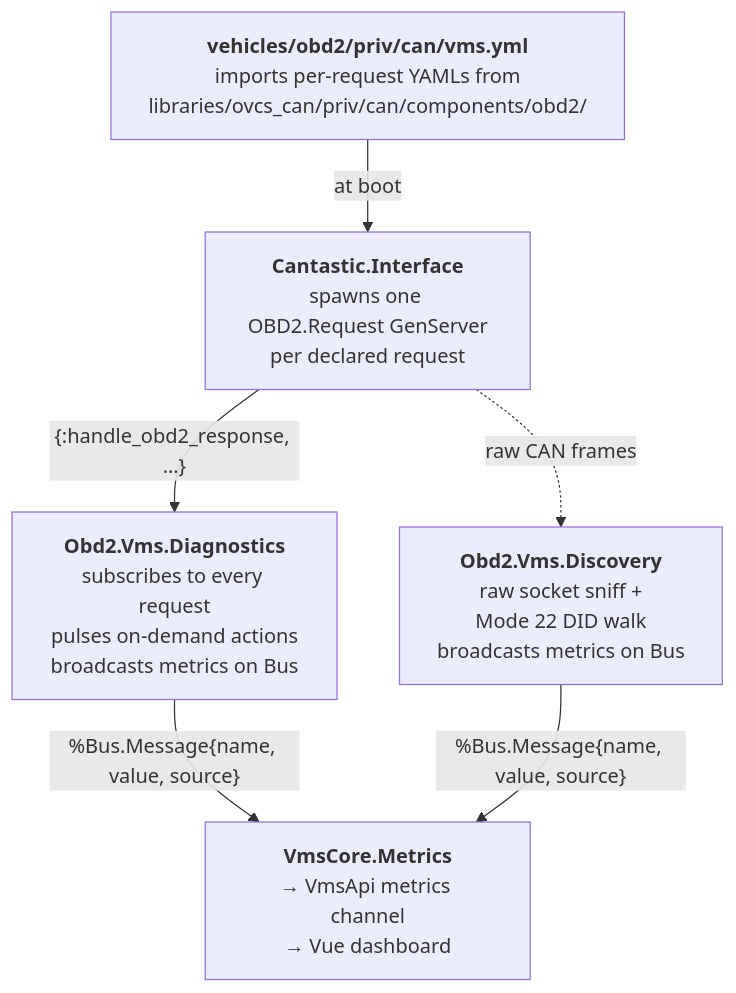
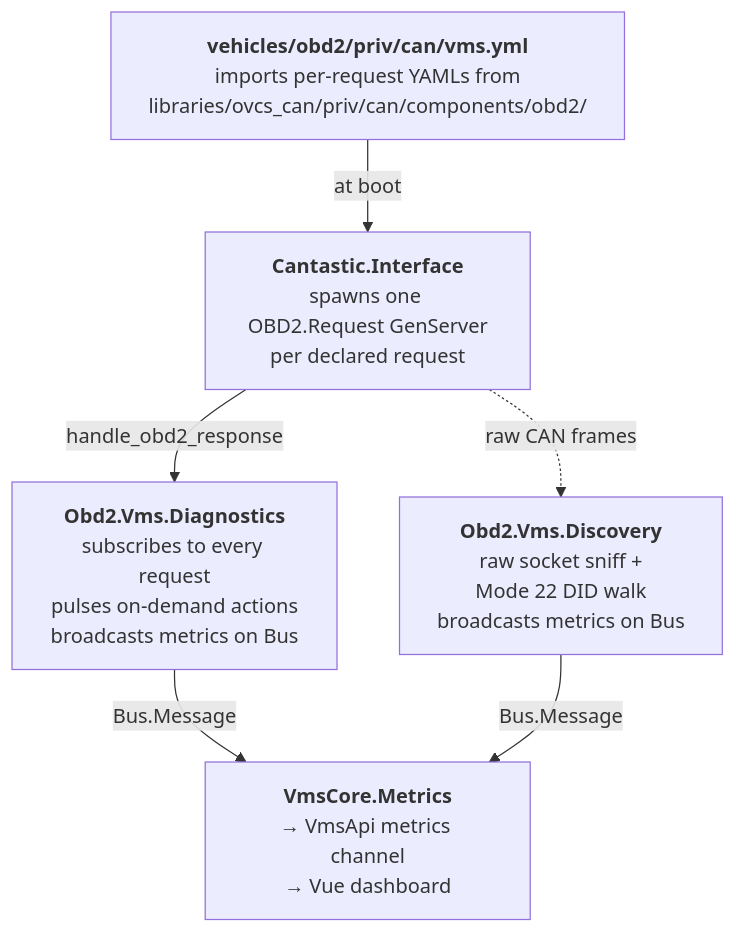
The diagram in docs/obd2_diagnostics.md (open-vehicle-control-system/ovcs), drawn with Mermaid before and after one commit.

Commit message:
docs(obd2): drop {} and % from mermaid edge labels (github parser)

````diff
--- a/docs/obd2_diagnostics.md
+++ b/docs/obd2_diagnostics.md
@@ -53,14 +53,14 @@
 ```mermaid
 flowchart TD
     YAML["<b>vehicles/obd2/priv/can/vms.yml</b><br/>imports per-request YAMLs from<br/>libraries/ovcs_can/priv/can/components/obd2/"]
     CANTASTIC["<b>Cantastic.Interface</b><br/>spawns one OBD2.Request GenServer<br/>per declared request"]
     DIAG["<b>Obd2.Vms.Diagnostics</b><br/>subscribes to every request<br/>pulses on-demand actions<br/>broadcasts metrics on Bus"]
     DISC["<b>Obd2.Vms.Discovery</b><br/>raw socket sniff +<br/>Mode 22 DID walk<br/>broadcasts metrics on Bus"]
     METRICS["<b>VmsCore.Metrics</b><br/>→ VmsApi metrics channel<br/>→ Vue dashboard"]
 
-    YAML -->|"at boot"| CANTASTIC
-    CANTASTIC -->|"{:handle_obd2_response, …}"| DIAG
-    CANTASTIC -.->|"raw CAN frames"| DISC
-    DIAG -->|"%Bus.Message{name, value, source}"| METRICS
-    DISC -->|"%Bus.Message{name, value, source}"| METRICS
+    YAML -->|at boot| CANTASTIC
+    CANTASTIC -->|handle_obd2_response| DIAG
+    CANTASTIC -.->|raw CAN frames| DISC
+    DIAG -->|Bus.Message| METRICS
+    DISC -->|Bus.Message| METRICS
 ```
````
